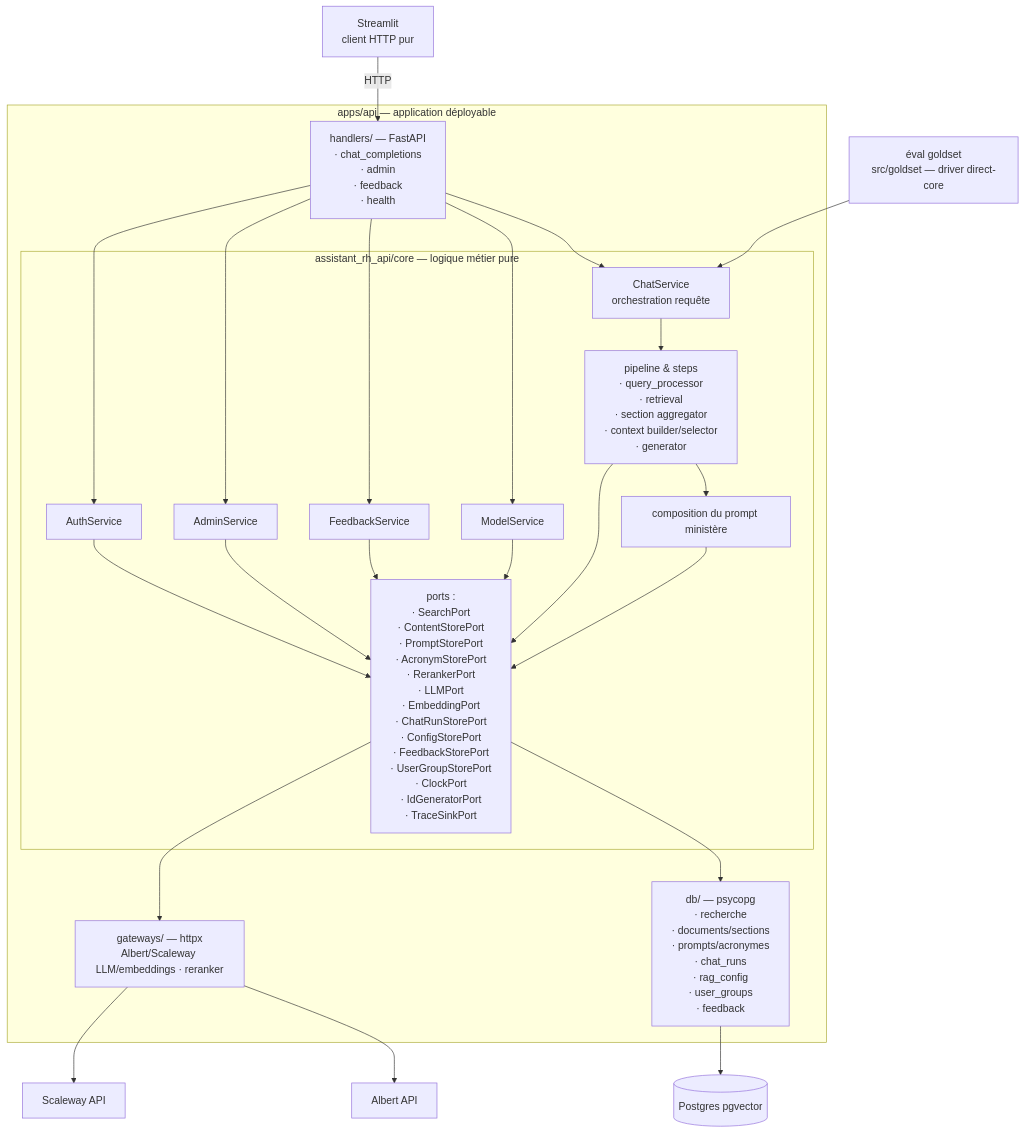
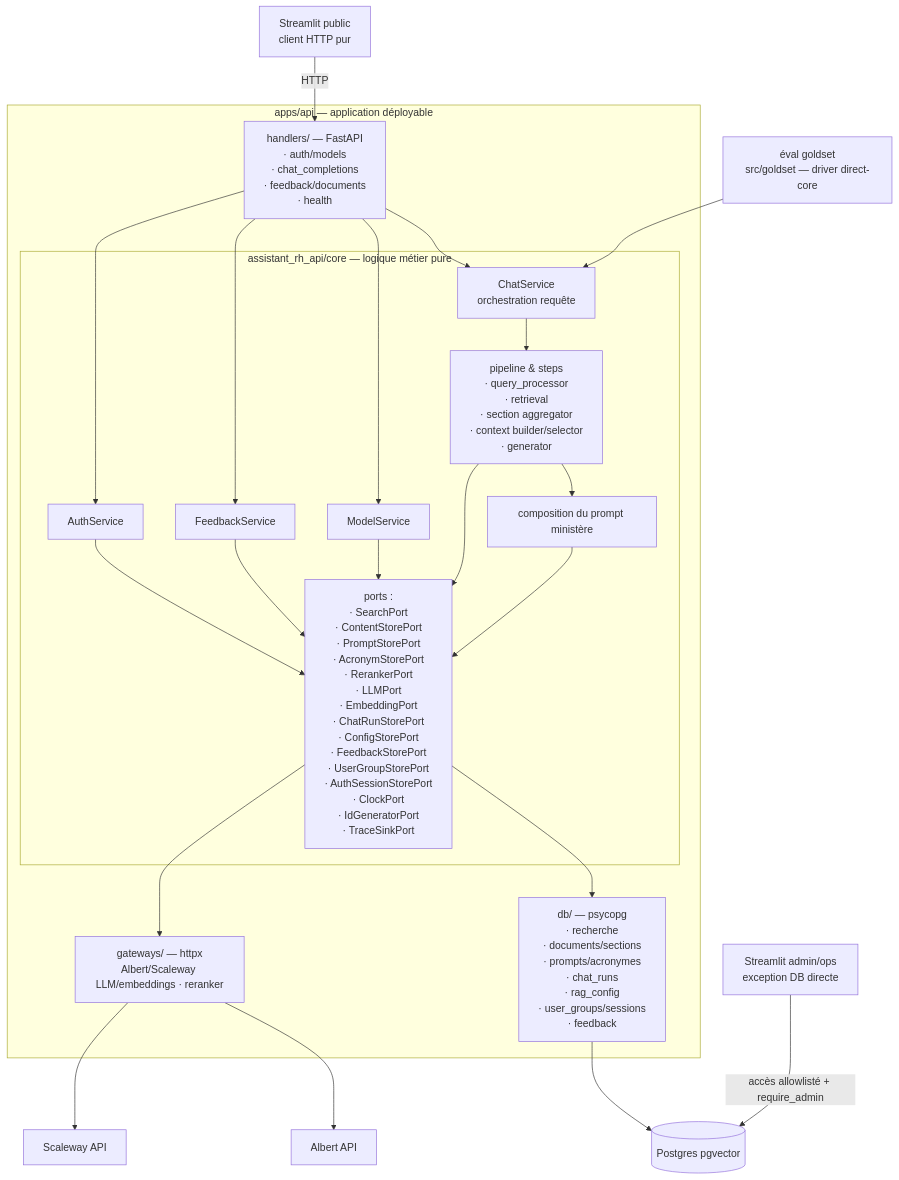
One commit to DGAFP/assistant-rh changed the diagram in docs/architecture/hexagonal-split/01-target-architecture.md. Above: the diagram before and after it, drawn with Mermaid. The commit also changed other lines of this file and 8 other files, not shown here.

Commit message:
docs: narrow Streamlit API migration scope

````diff
--- a/docs/architecture/hexagonal-split/01-target-architecture.md
+++ b/docs/architecture/hexagonal-split/01-target-architecture.md
@@ -7,48 +7,47 @@
 ```mermaid
 flowchart TB
-    ST[Streamlit<br/>client HTTP pur]
+    ST[Streamlit public<br/>client HTTP pur]
+    ADMIN[Streamlit admin/ops<br/>exception DB directe]
     EV[éval goldset<br/>src/goldset — driver direct-core]
 
     subgraph api ["apps/api — application déployable"]
-        H[handlers/ — FastAPI<br/>· chat_completions <br/> · admin <br/>· feedback <br/> · health]
+        H[handlers/ — FastAPI<br/>· auth/models <br/>· chat_completions <br/>· feedback/documents <br/>· health]
 
         subgraph core ["assistant_rh_api/core — logique métier pure"]
             CS[ChatService<br/>orchestration requête]
             MS[ModelService]
             P[pipeline & steps<br/>· query_processor <br>· retrieval <br/> · section aggregator  <br/> · context builder/selector <br/> · generator]
             PP[composition du prompt ministère]
-            PO[ports :<br/>· SearchPort <br/>· ContentStorePort<br/>· PromptStorePort <br/>· AcronymStorePort<br/>· RerankerPort <br/>· LLMPort <br/>· EmbeddingPort<br/>· ChatRunStorePort <br/>· ConfigStorePort<br/>· FeedbackStorePort<br/>· UserGroupStorePort<br/>· ClockPort<br/>· IdGeneratorPort<br/>· TraceSinkPort]
+            PO[ports :<br/>· SearchPort <br/>· ContentStorePort<br/>· PromptStorePort <br/>· AcronymStorePort<br/>· RerankerPort <br/>· LLMPort <br/>· EmbeddingPort<br/>· ChatRunStorePort <br/>· ConfigStorePort<br/>· FeedbackStorePort<br/>· UserGroupStorePort<br/>· AuthSessionStorePort<br/>· ClockPort<br/>· IdGeneratorPort<br/>· TraceSinkPort]
 
 
             FS[FeedbackService]
 
-            AS[AdminService]
             AU[AuthService]
 
         end
 
-        DB[db/ — psycopg<br/>· recherche <br> · documents/sections <br> · prompts/acronymes<br/> · chat_runs <br> · rag_config <br> · user_groups <br> · feedback]
+        DB[db/ — psycopg<br/>· recherche <br> · documents/sections <br/> · prompts/acronymes<br/> · chat_runs <br> · rag_config <br/> · user_groups/sessions <br> · feedback]
         GW[gateways/ — httpx<br/>Albert/Scaleway LLM/embeddings · reranker]
     end
 
     ST -->|HTTP| H
     H --> CS
     EV --> CS
     CS --> P
     P --> PP
     H --> MS
     MS --> PO
     P --> PO
     PP --> PO
     PO --> DB
     PO --> GW
     DB --> PG[(Postgres pgvector)]
+    ADMIN -->|accès allowlisté + require_admin| PG
     GW --> ALB[Albert API]
     GW --> SCW[Scaleway API]
     H --> FS
     FS --> PO
-    H --> AS
-    AS --> PO
     H --> AU
     AU --> PO
 ```
````
